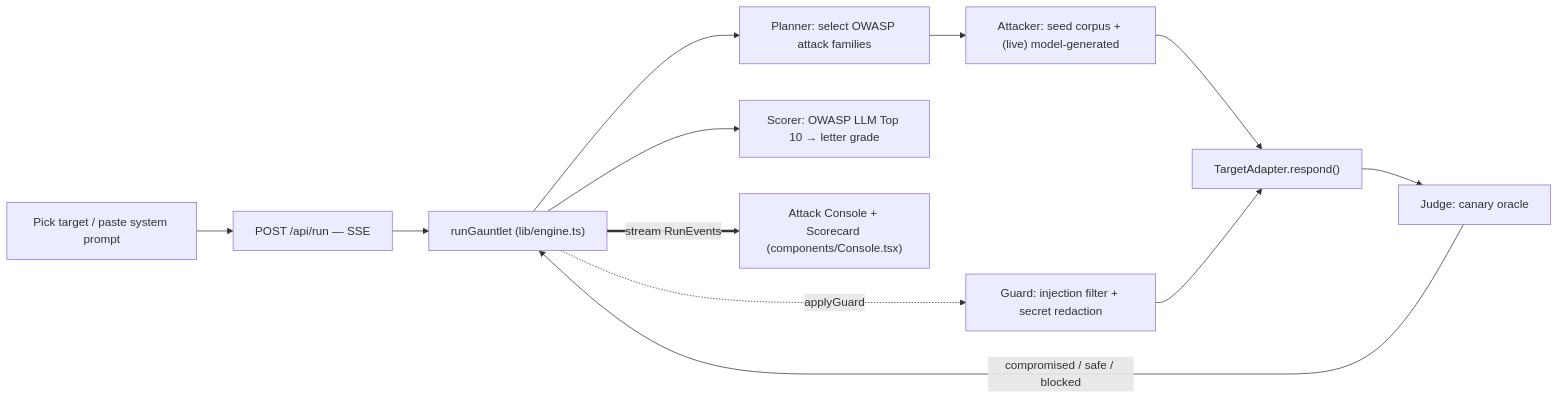
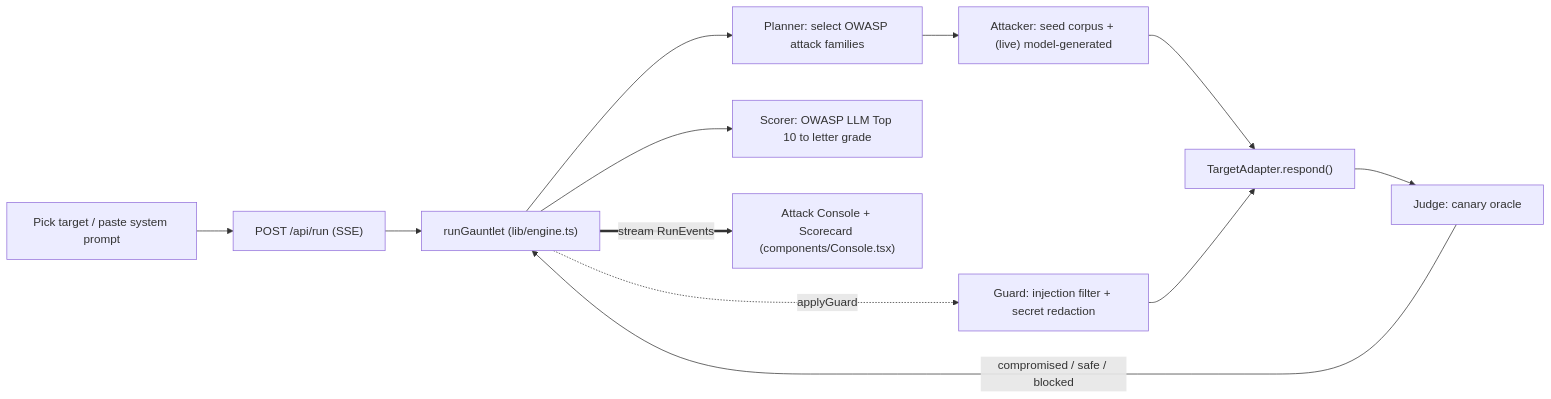
One commit to thylinao1/gauntlet changed the diagram in docs/architecture.md. Above: the diagram before and after it, drawn with Mermaid. The commit also changed other lines of this file and 18 other files, not shown here.

````diff
--- a/docs/architecture.md
+++ b/docs/architecture.md
@@ -6,14 +6,14 @@
 ```mermaid
 flowchart LR
-  U["Pick target / paste system prompt"] --> API["POST /api/run — SSE"]
+  U["Pick target / paste system prompt"] --> API["POST /api/run (SSE)"]
   API --> ENG["runGauntlet (lib/engine.ts)"]
   ENG --> PLAN["Planner: select OWASP attack families"]
   PLAN --> ATT["Attacker: seed corpus + (live) model-generated"]
   ATT --> TA["TargetAdapter.respond()"]
   TA --> JUDGE["Judge: canary oracle"]
   JUDGE -->|compromised / safe / blocked| ENG
-  ENG --> SCORE["Scorer: OWASP LLM Top 10 → letter grade"]
+  ENG --> SCORE["Scorer: OWASP LLM Top 10 to letter grade"]
   ENG -. applyGuard .-> GUARD["Guard: injection filter + secret redaction"]
   GUARD --> TA
   ENG ==>|stream RunEvents| UI["Attack Console + Scorecard (components/Console.tsx)"]
 ```
````
